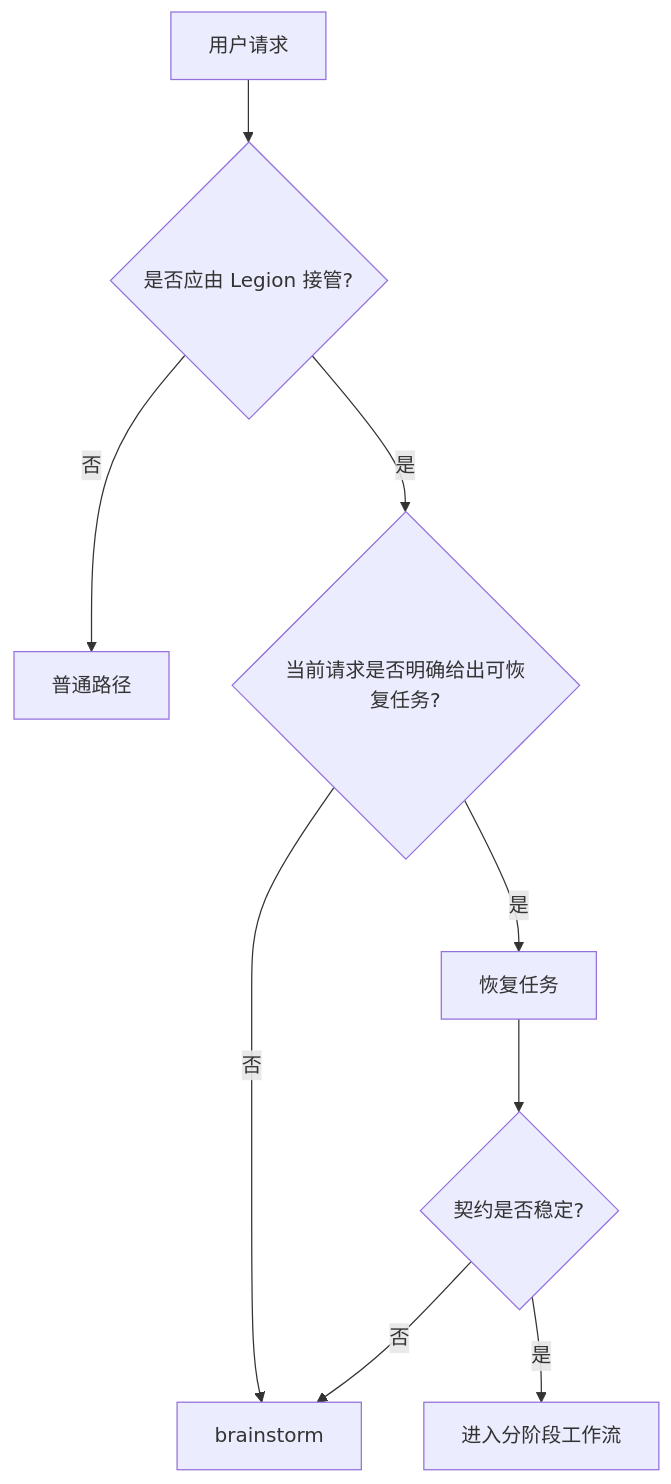
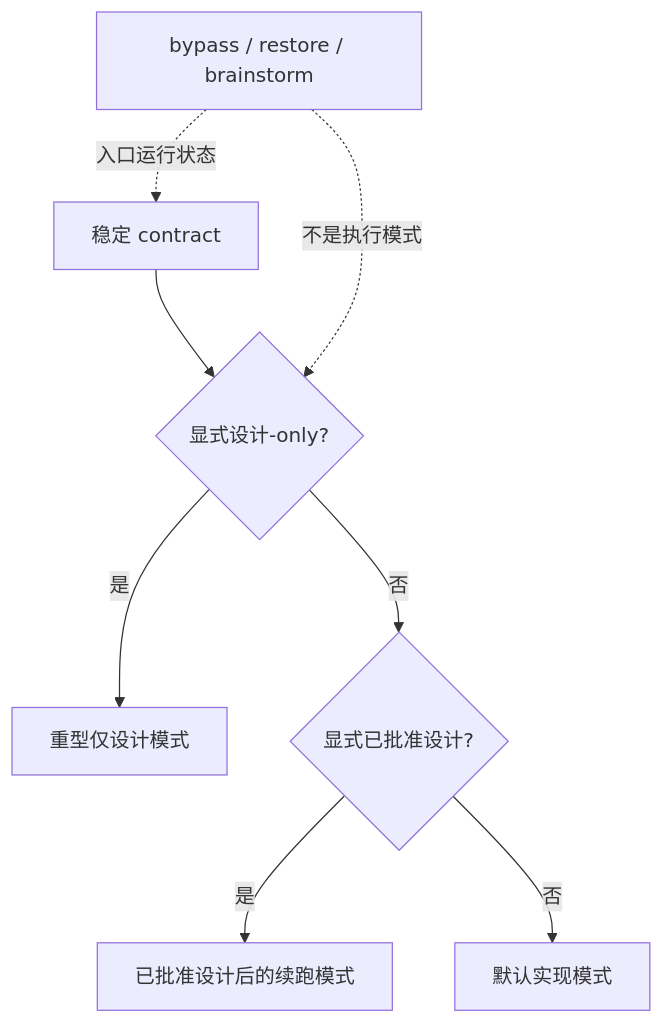
The second of 3 diagrams in skills/legion-workflow/SKILL.md (Thrimbda/legion-mind), drawn with Mermaid before and after one commit. The commit also changed other lines of this file and 18 other files, not shown here.

````diff
--- a/skills/legion-workflow/SKILL.md
+++ b/skills/legion-workflow/SKILL.md
@@ -43,11 +110,10 @@
 ```mermaid
 flowchart TD
-    A[用户请求] --> B{是否应由 Legion 接管?}
-    B -- 否 --> C[普通路径]
-    B -- 是 --> D{当前请求是否明确给出可恢复任务?}
-    D -- 否 --> E[brainstorm]
-    D -- 是 --> F[恢复任务]
-    F --> G{契约是否稳定?}
-    G -- 否 --> E
-    G -- 是 --> H[进入分阶段工作流]
+    A[稳定 contract] --> B{显式设计-only?}
+    B -- 是 --> H[重型仅设计模式]
+    B -- 否 --> C{显式已批准设计?}
+    C -- 是 --> G[已批准设计后的续跑模式]
+    C -- 否 --> D[默认实现模式]
+    E[bypass / restore / brainstorm] -. 入口运行状态 .-> A
+    E -. 不是执行模式 .-> B
 ```
````
